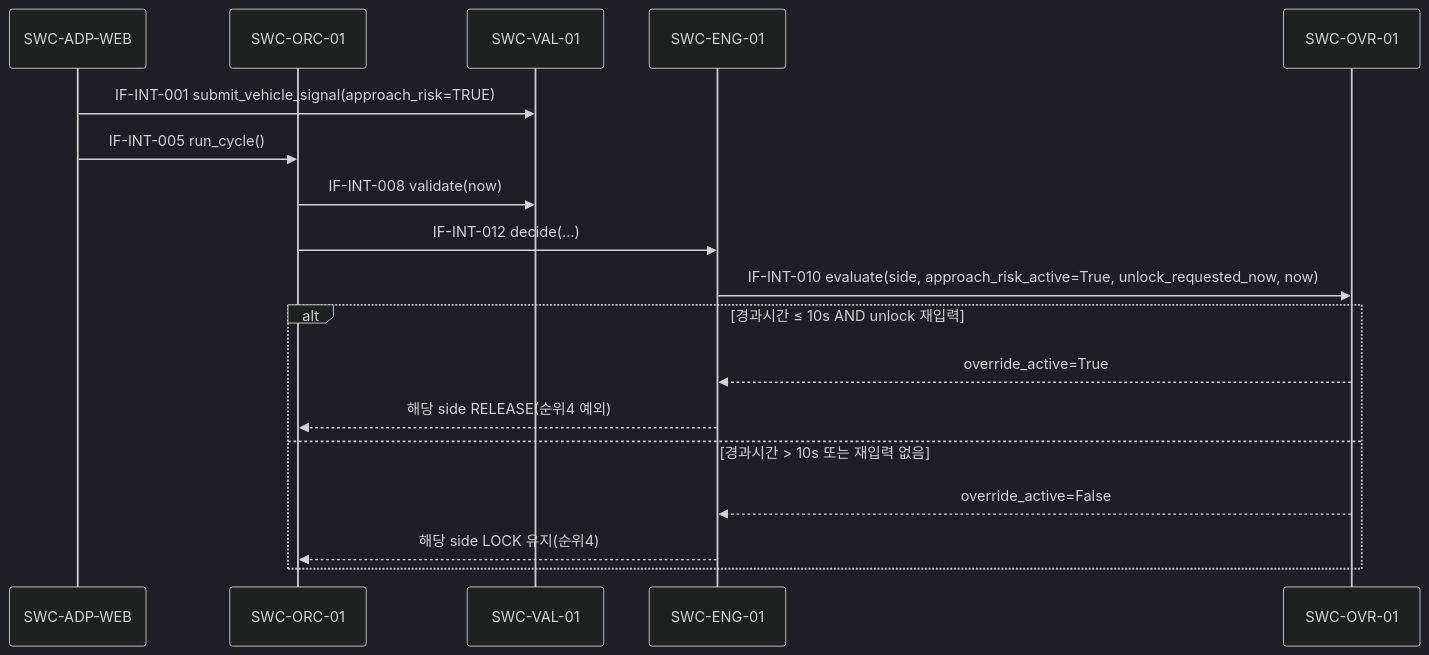
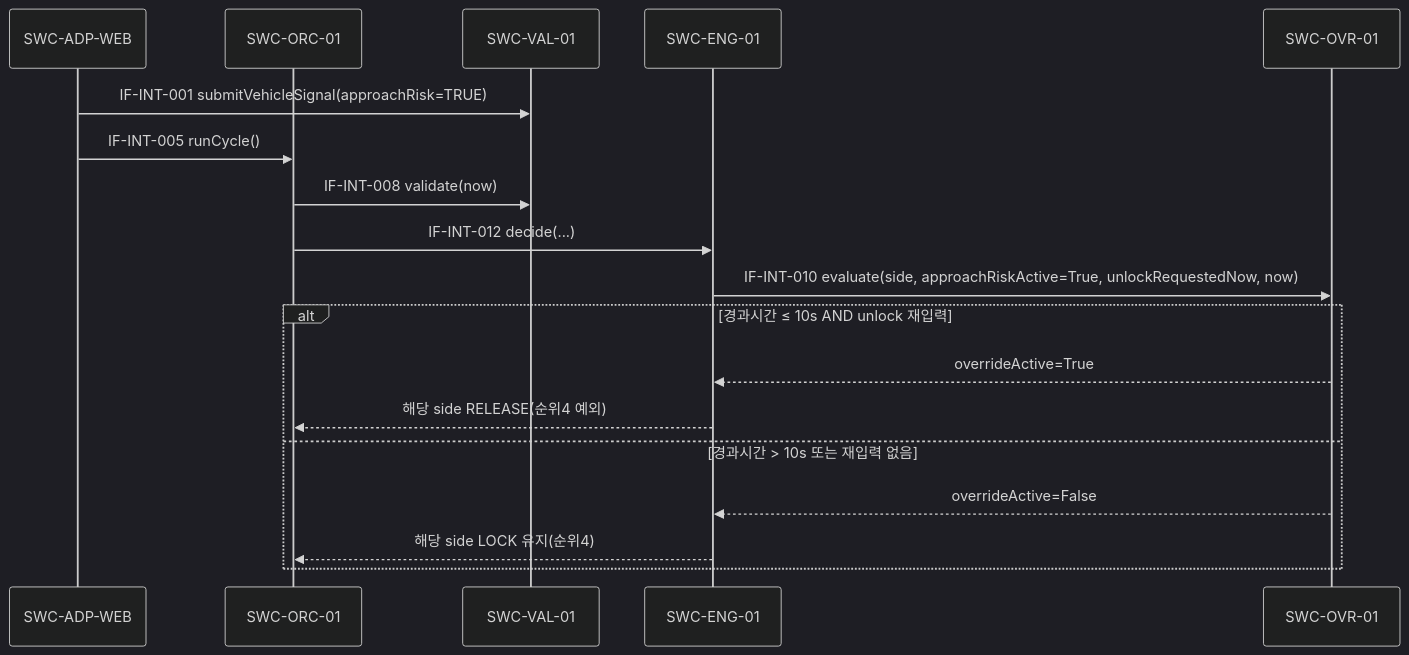
Before and after one commit to jay3063/AI_Agent: the fourth of 9 diagrams in WorkProducts/Engineering/SoftwareArchitecturalDesign/SWA-001_SW 아키텍처 설계서.md, drawn with Mermaid (dark theme). The commit also changed other lines of this file and 2 other files, not shown here.

````diff
--- a/WorkProducts/Engineering/SoftwareArchitecturalDesign/SWA-001_SW 아키텍처 설계서.md
+++ b/WorkProducts/Engineering/SoftwareArchitecturalDesign/SWA-001_SW 아키텍처 설계서.md
@@ -356,21 +357,21 @@
 ```mermaid
 sequenceDiagram
     participant ADP as SWC-ADP-WEB
     participant ORC as SWC-ORC-01
     participant VAL1 as SWC-VAL-01
     participant ENG as SWC-ENG-01
     participant OVR as SWC-OVR-01
 
-    ADP->>VAL1: IF-INT-001 submit_vehicle_signal(approach_risk=TRUE)
-    ADP->>ORC: IF-INT-005 run_cycle()
+    ADP->>VAL1: IF-INT-001 submitVehicleSignal(approachRisk=TRUE)
+    ADP->>ORC: IF-INT-005 runCycle()
     ORC->>VAL1: IF-INT-008 validate(now)
     ORC->>ENG: IF-INT-012 decide(...)
-    ENG->>OVR: IF-INT-010 evaluate(side, approach_risk_active=True, unlock_requested_now, now)
+    ENG->>OVR: IF-INT-010 evaluate(side, approachRiskActive=True, unlockRequestedNow, now)
     alt 경과시간 ≤ 10s AND unlock 재입력
-        OVR-->>ENG: override_active=True
+        OVR-->>ENG: overrideActive=True
         ENG-->>ORC: 해당 side RELEASE(순위4 예외)
     else 경과시간 > 10s 또는 재입력 없음
-        OVR-->>ENG: override_active=False
+        OVR-->>ENG: overrideActive=False
         ENG-->>ORC: 해당 side LOCK 유지(순위4)
     end
 ```
````
